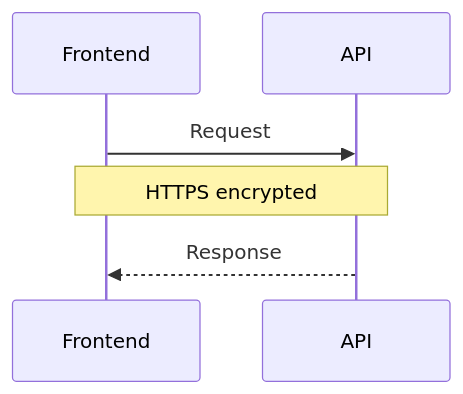
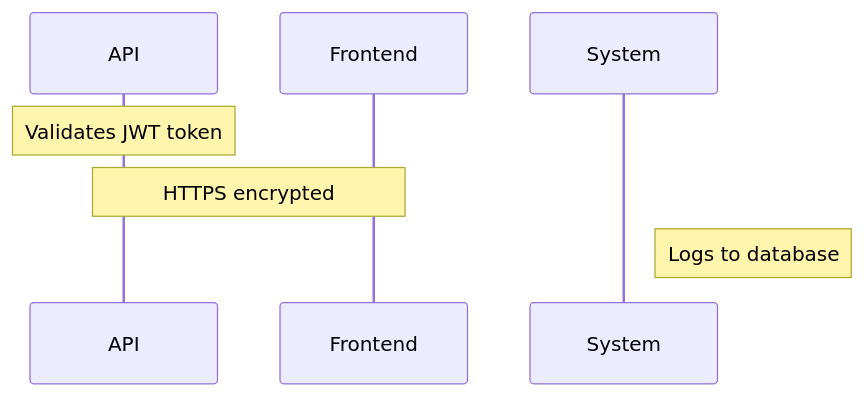
The eighth of 10 diagrams in plugins/general/skills/mermaid-diagrams/references/sequence-diagrams.md (el-feo/ai-context), drawn with Mermaid before and after one commit. The commit also changed other lines of this file and 8 other files, not shown here.

First line of the commit message:
refactor(general): reduce mermaid-diagrams SKILL.md and trim oversized references (#207)

````diff
--- a/plugins/general/skills/mermaid-diagrams/references/sequence-diagrams.md
+++ b/plugins/general/skills/mermaid-diagrams/references/sequence-diagrams.md
@@ -174,6 +93,6 @@
 ```mermaid
 sequenceDiagram
-    Frontend->>API: Request
+    Note over API: Validates JWT token
     Note over Frontend,API: HTTPS encrypted
-    API-->>Frontend: Response
+    Note right of System: Logs to database
 ```
````
